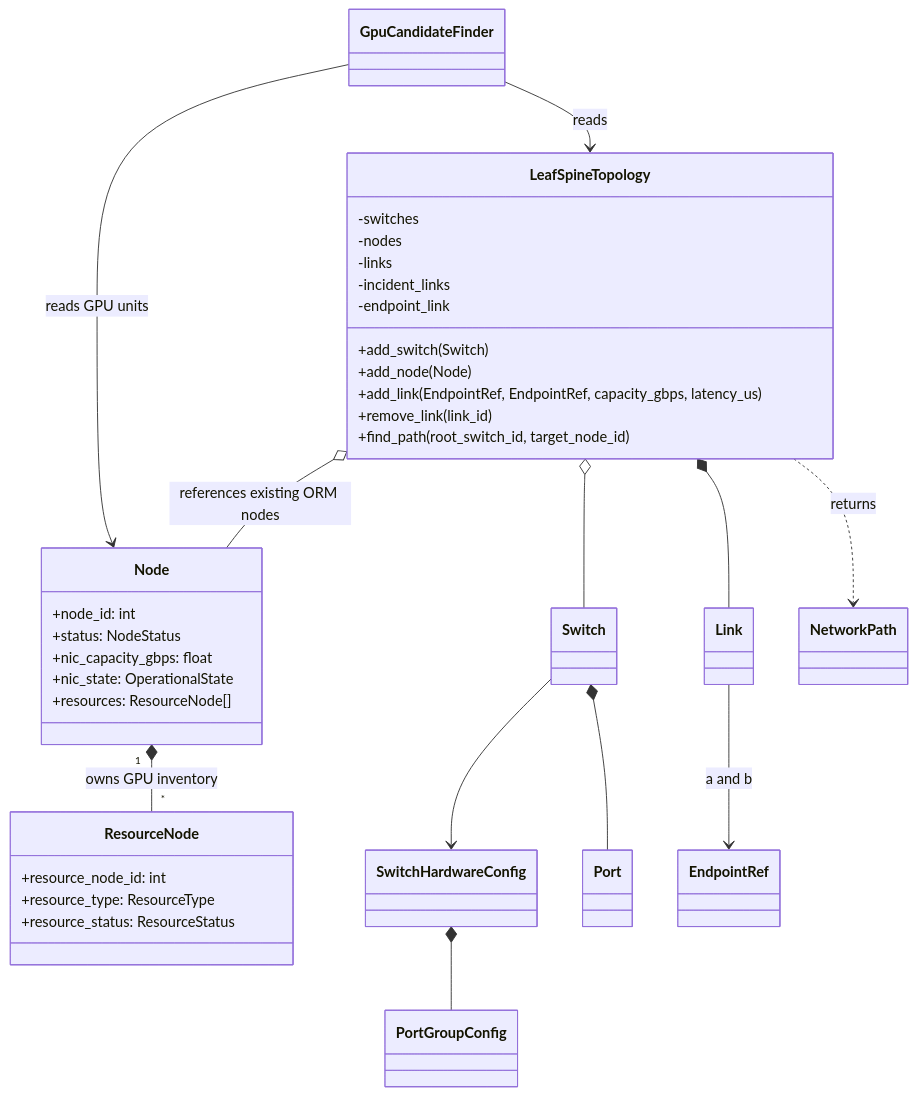
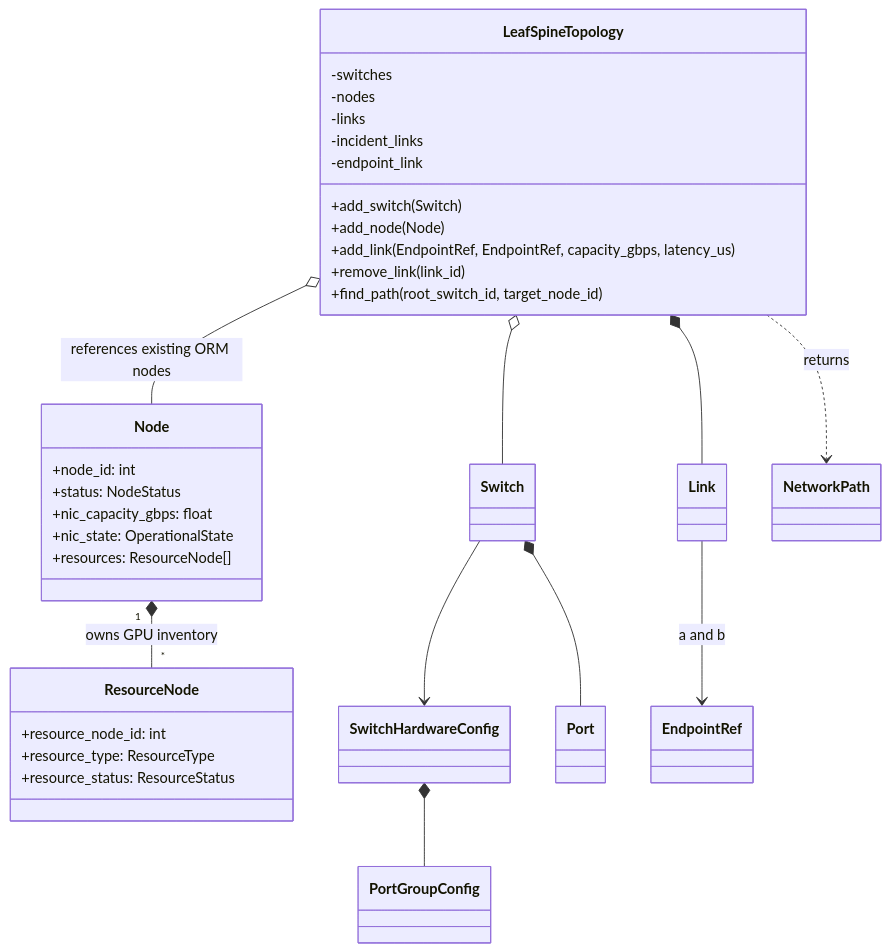
One commit to labo-man002/job-scheduler changed the diagram in docs/gpu-leaf-spine.md. Above: the diagram before and after it, drawn with Mermaid. The commit also changed other lines of this file, not shown here.

Commit message:
Centralize CPU and GPU candidate discovery in Placer

````diff
--- a/docs/gpu-leaf-spine.md
+++ b/docs/gpu-leaf-spine.md
@@ -20,46 +20,43 @@
 ```mermaid
 classDiagram
   class LeafSpineTopology {
     -switches
     -nodes
     -links
     -incident_links
     -endpoint_link
     +add_switch(Switch)
     +add_node(Node)
     +add_link(EndpointRef, EndpointRef, capacity_gbps, latency_us)
     +remove_link(link_id)
     +find_path(root_switch_id, target_node_id)
   }
   class Node {
     +node_id: int
     +status: NodeStatus
     +nic_capacity_gbps: float
     +nic_state: OperationalState
     +resources: ResourceNode[]
   }
   class ResourceNode {
     +resource_node_id: int
     +resource_type: ResourceType
     +resource_status: ResourceStatus
   }
   class SwitchHardwareConfig
   class PortGroupConfig
   class Switch
   class Port
   class Link
   class EndpointRef
   class NetworkPath
-  class GpuCandidateFinder
   SwitchHardwareConfig *-- PortGroupConfig
   Switch --> SwitchHardwareConfig
   Switch *-- Port
   LeafSpineTopology o-- Switch
   LeafSpineTopology o-- Node : references existing ORM nodes
   LeafSpineTopology *-- Link
   Node "1" *-- "*" ResourceNode : owns GPU inventory
   Link --> EndpointRef : a and b
-  GpuCandidateFinder --> LeafSpineTopology : reads
-  GpuCandidateFinder --> Node : reads GPU units
   LeafSpineTopology ..> NetworkPath : returns
 ```
````
